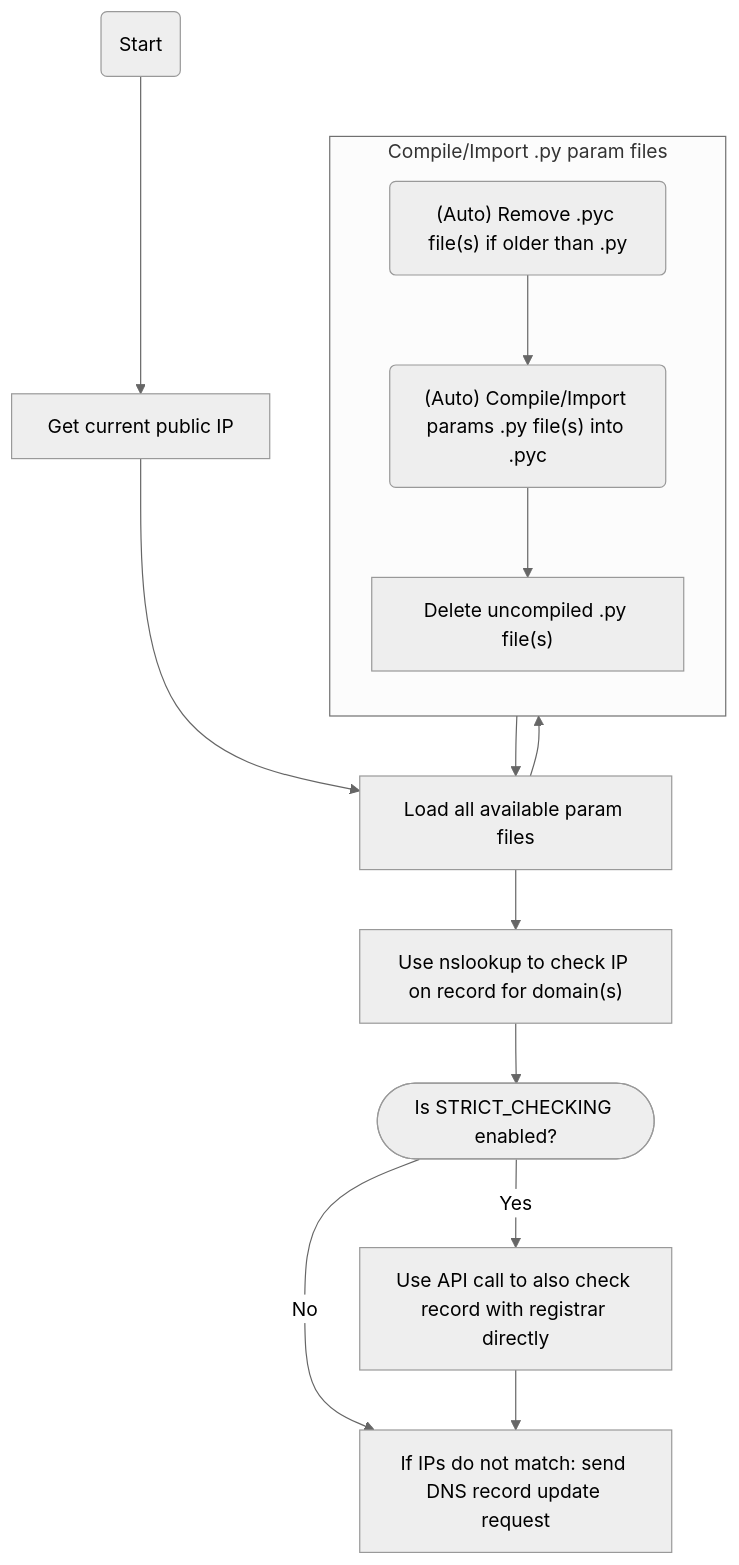
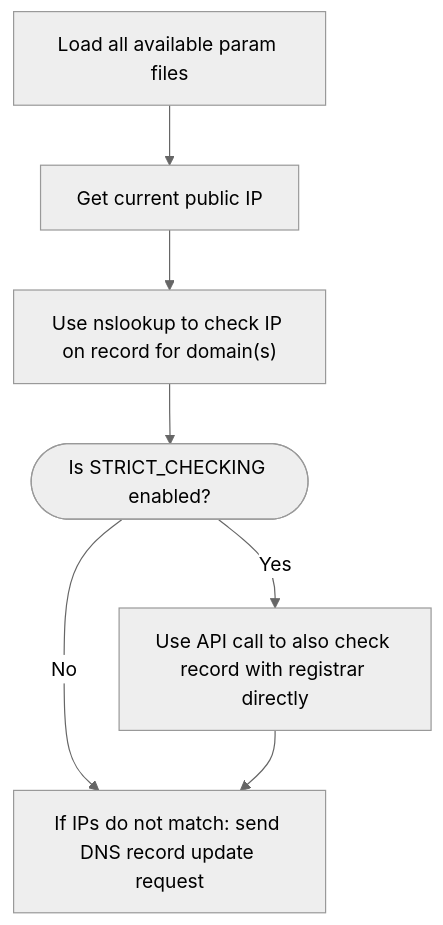
The first of 3 diagrams in README.md (Kerbalnut/python-pi-multi-dyndns), drawn with Mermaid (neutral theme) before and after one commit. The commit also changed other lines of this file and 1 other file, not shown here.

````diff
--- a/README.md
+++ b/README.md
@@ -79,26 +85,15 @@
 ```mermaid
 graph TB;
-    id0("Start")
-    id1["Get current public IP"]
-    id2["Load all available param files"]
-    ida0("(Auto) Remove .pyc file(s) if older than .py")
-    ida1("(Auto) Compile/Import params .py file(s) into .pyc")
-    ida2["Delete uncompiled .py file(s)"]
+    id1["Load all available param files"]
+    id2["Get current public IP"]
     id3["Use nslookup to check IP on record for domain(s)"]
     id4(["Is STRICT_CHECKING enabled?"])
     id5["Use API call to also check record with registrar directly"]
     id6["If IPs do not match: send DNS record update request"]
-    id0-->id1;
     id1-->id2;
     id2-->id3;
-    id2--> one --> id2;
-    subgraph one ["Compile/Import .py param files"]
-        direction TB
-        ida0-->ida1;
-        ida1-->ida2;
-    end
     id3-->id4;
     id4-- Yes -->id5;
     id4-- No -->id6;
     id5-->id6;
 ```
````
